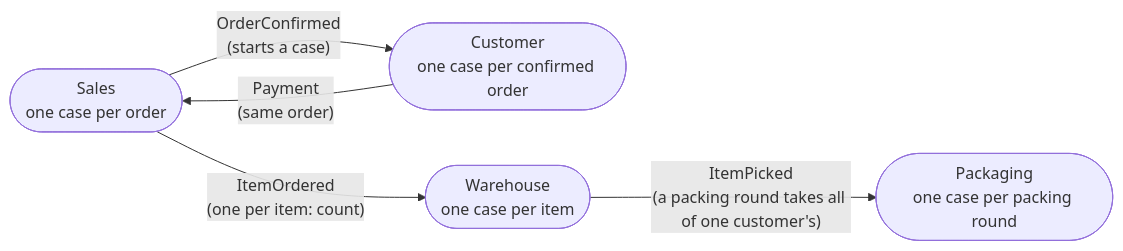
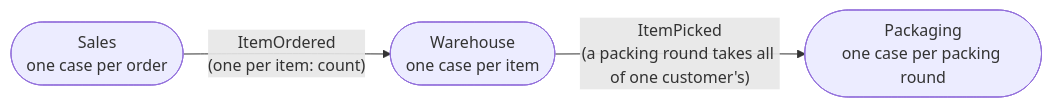
Before and after one commit to AutomatedProcessImprovement/Prosimos: the diagram in docs/order-management.md, drawn with Mermaid. The commit also changed other lines of this file and 20 other files, not shown here.

````diff
--- a/docs/order-management.md
+++ b/docs/order-management.md
@@ -68,12 +63,9 @@
 ```mermaid
 flowchart LR
     Sales([Sales<br/>one case per order])
-    Customer([Customer<br/>one case per confirmed order])
     Warehouse([Warehouse<br/>one case per item])
     Packaging([Packaging<br/>one case per packing round])
 
     Sales -->|"ItemOrdered<br/>(one per item: count)"| Warehouse
-    Sales -->|"OrderConfirmed<br/>(starts a case)"| Customer
-    Customer -->|"Payment<br/>(same order)"| Sales
     Warehouse -->|"ItemPicked<br/>(a packing round takes all of one customer's)"| Packaging
 ```
````
